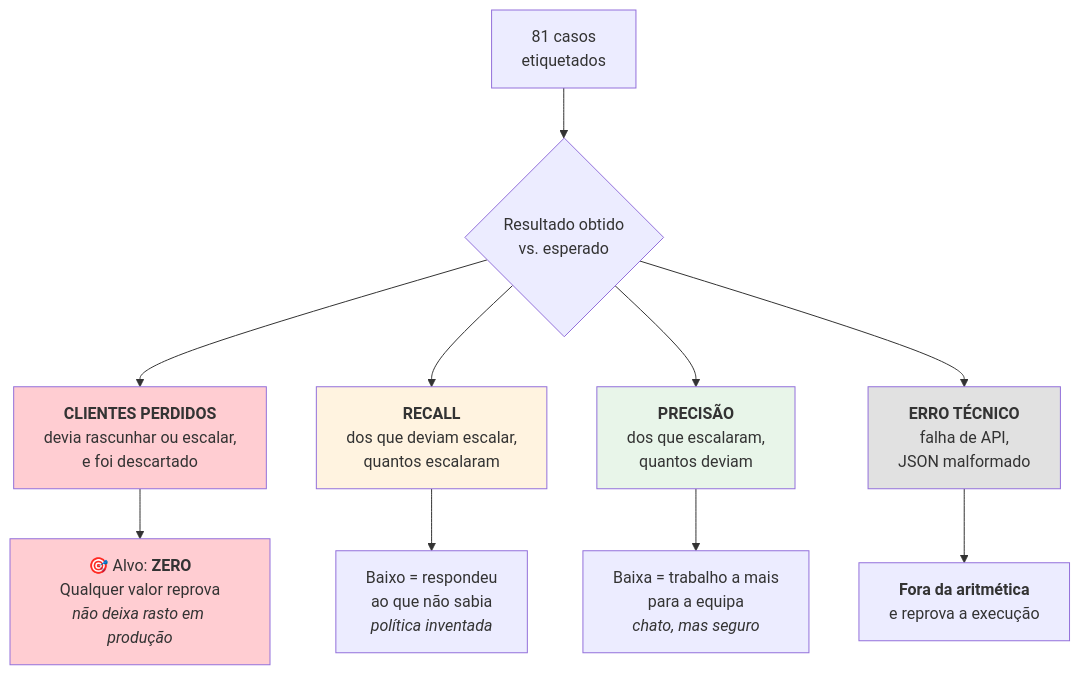
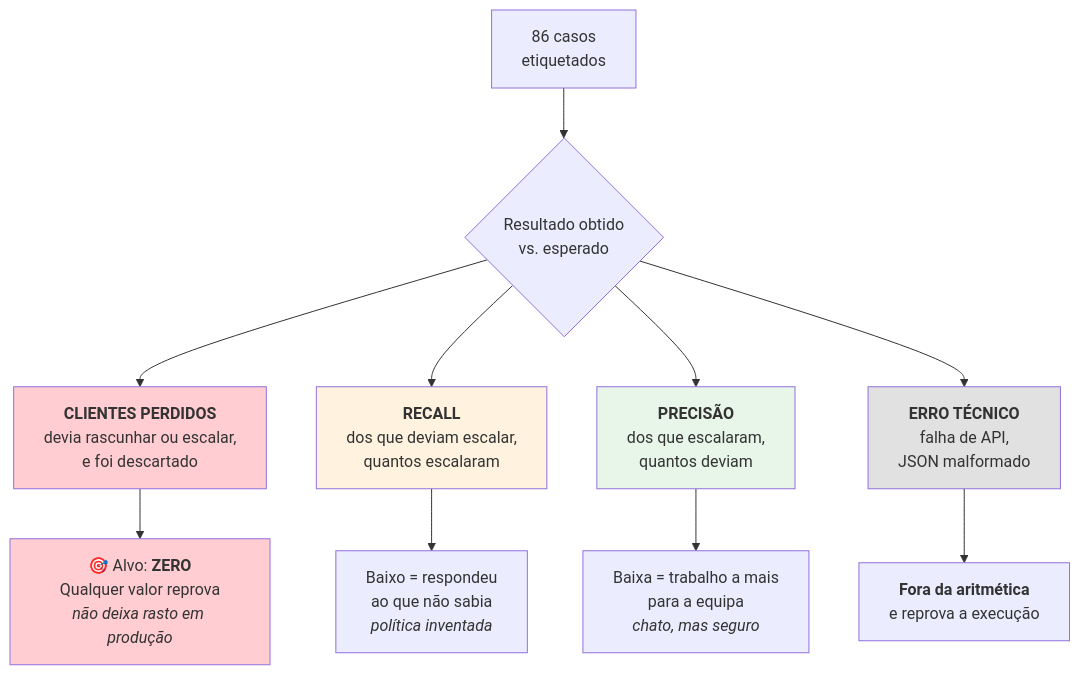
The diagram in docs/05-reliability/evaluation.md (joaocarvalhini/Outlook-Reply-Assistant), drawn with Mermaid before and after one commit. The commit also changed other lines of this file and 10 other files, not shown here.

````diff
--- a/docs/05-reliability/evaluation.md
+++ b/docs/05-reliability/evaluation.md
@@ -24,20 +24,20 @@
 ```mermaid
 flowchart TD
-    A["81 casos<br/>etiquetados"] --> B{"Resultado obtido<br/>vs. esperado"}
+    A["86 casos<br/>etiquetados"] --> B{"Resultado obtido<br/>vs. esperado"}
 
     B --> C["<b>CLIENTES PERDIDOS</b><br/>devia rascunhar ou escalar,<br/>e foi descartado"]
     B --> D["<b>RECALL</b><br/>dos que deviam escalar,<br/>quantos escalaram"]
     B --> E["<b>PRECISÃO</b><br/>dos que escalaram,<br/>quantos deviam"]
     B --> F["<b>ERRO TÉCNICO</b><br/>falha de API,<br/>JSON malformado"]
 
     C --> C1["🎯 Alvo: <b>ZERO</b><br/>Qualquer valor reprova<br/><i>não deixa rasto em produção</i>"]
     D --> D1["Baixo = respondeu<br/>ao que não sabia<br/><i>política inventada</i>"]
     E --> E1["Baixa = trabalho a mais<br/>para a equipa<br/><i>chato, mas seguro</i>"]
     F --> F1["<b>Fora da aritmética</b><br/>e reprova a execução"]
 
     style C fill:#ffcdd2
     style C1 fill:#ffcdd2
     style D fill:#fff3e0
     style E fill:#e8f5e9
     style F fill:#e1e1e1
 ```
````
